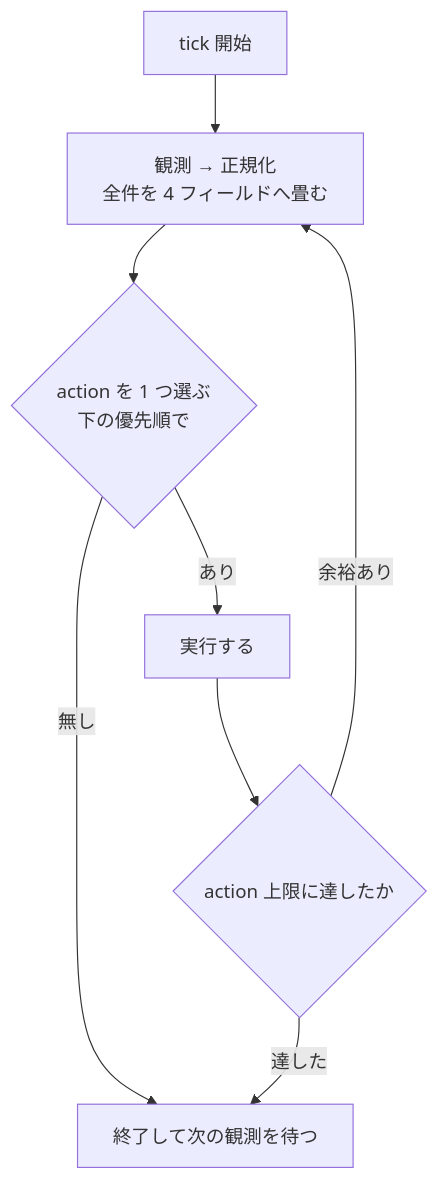
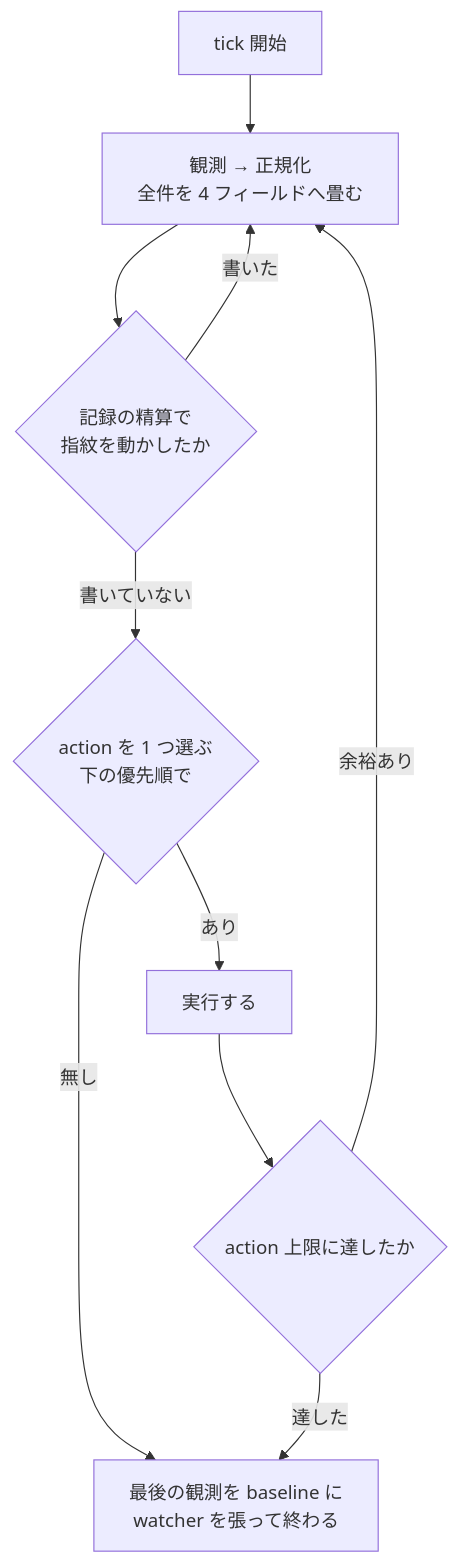
Before and after one commit to usagizmo/agentfiles: the diagram in agents/skills/conductor/SKILL.md, drawn with Mermaid. The commit also changed other lines of this file and 6 other files, not shown here.

````diff
--- a/agents/skills/conductor/SKILL.md
+++ b/agents/skills/conductor/SKILL.md
@@ -162,10 +166,12 @@
 ```mermaid
 flowchart TD
     S[tick 開始] --> OB[観測 → 正規化<br/>全件を 4 フィールドへ畳む]
-    OB --> PICK{action を 1 つ選ぶ<br/>下の優先順で}
-    PICK -->|無し| END[終了して次の観測を待つ]
+    OB --> REC{記録の精算で<br/>指紋を動かしたか}
+    REC -->|書いた| OB
+    REC -->|書いていない| PICK{action を 1 つ選ぶ<br/>下の優先順で}
+    PICK -->|無し| END[最後の観測を baseline に<br/>watcher を張って終わる]
     PICK -->|あり| DO[実行する]
     DO --> A{action 上限に達したか}
     A -->|達した| END
     A -->|余裕あり| OB
 ```
````
